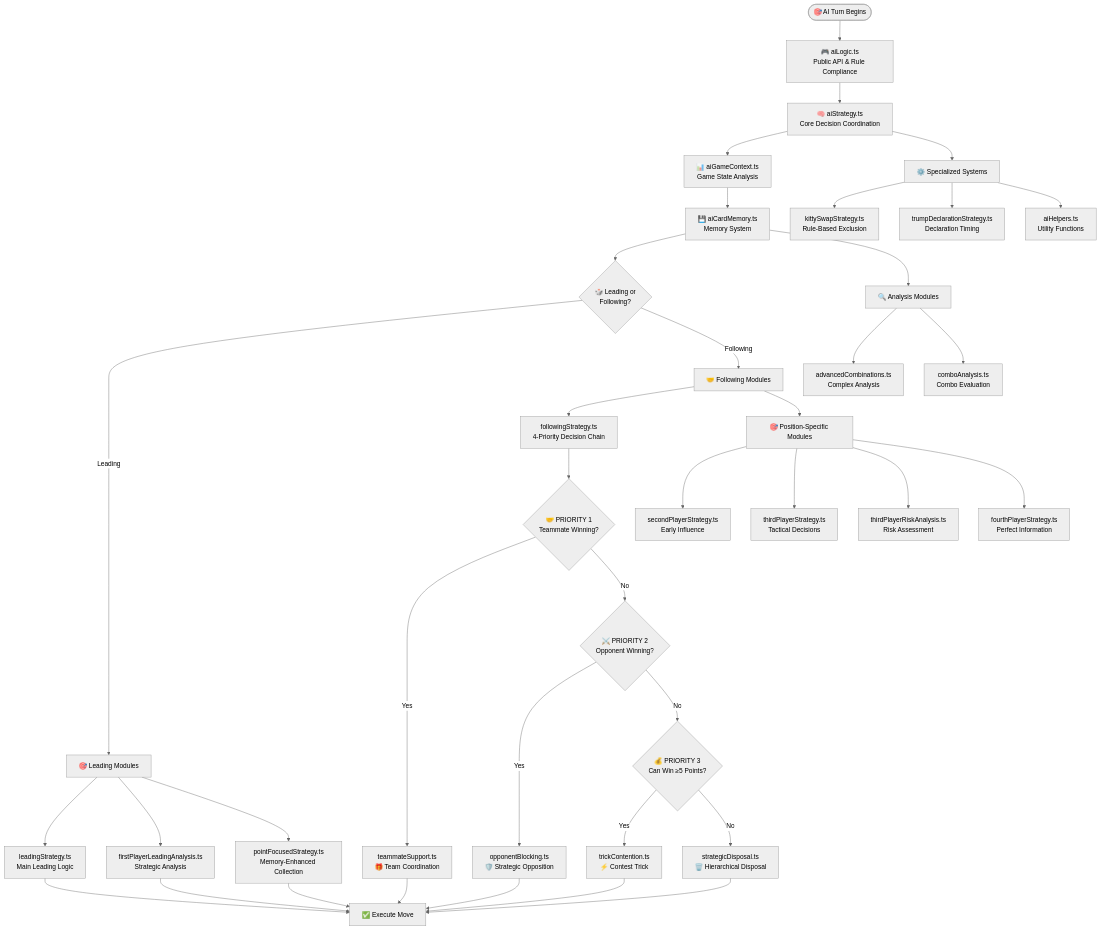
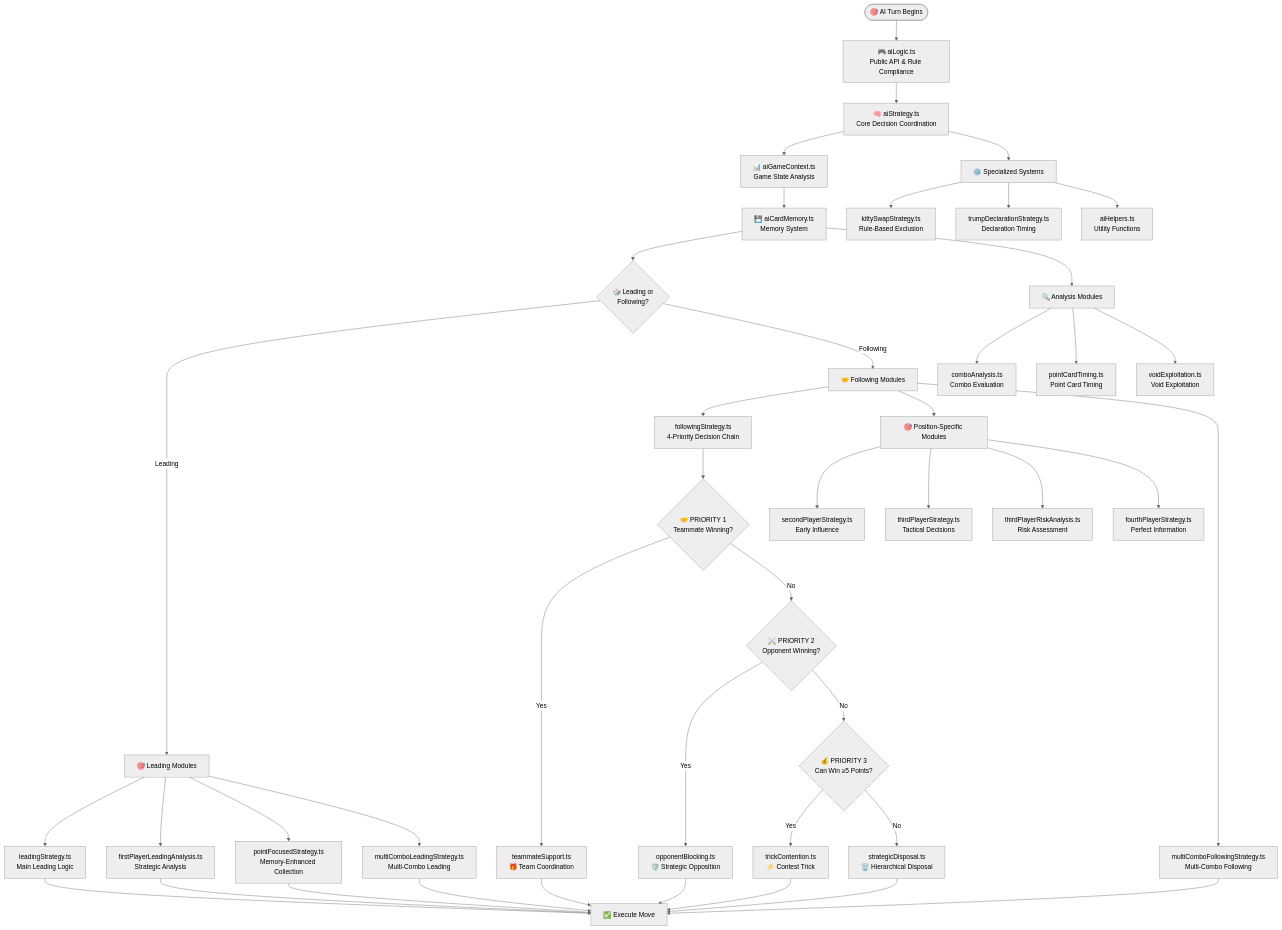
One commit to ejfn/Tractor changed the diagram in docs/AI_SYSTEM.md. Above: the diagram before and after it, drawn with Mermaid (neutral theme). The commit also changed other lines of this file and 1 other file, not shown here.

````diff
--- a/docs/AI_SYSTEM.md
+++ b/docs/AI_SYSTEM.md
@@ -106,49 +109,54 @@
 ```mermaid
 flowchart TD
     Start([🎯 AI Turn Begins]) --> Logic[🎮 aiLogic.ts<br/>Public API & Rule Compliance]
     Logic --> Strategy[🧠 aiStrategy.ts<br/>Core Decision Coordination]
     Strategy --> Context[📊 aiGameContext.ts<br/>Game State Analysis]
     Context --> Memory[💾 aiCardMemory.ts<br/>Memory System]
     
     Memory --> Leading{🎲 Leading or<br/>Following?}
     
     Leading -->|Leading| LeadingMods[🎯 Leading Modules]
     Leading -->|Following| FollowingMods[🤝 Following Modules]
     
     LeadingMods --> LeadStrategy[leadingStrategy.ts<br/>Main Leading Logic]
     LeadingMods --> FirstAnalysis[firstPlayerLeadingAnalysis.ts<br/>Strategic Analysis]
     LeadingMods --> PointFocus[pointFocusedStrategy.ts<br/>Memory-Enhanced Collection]
+    LeadingMods --> MultiComboLead[multiComboLeadingStrategy.ts<br/>Multi-Combo Leading]
     
     FollowingMods --> FollowStrategy[followingStrategy.ts<br/>4-Priority Decision Chain]
     FollowStrategy --> P1{🤝 PRIORITY 1<br/>Teammate Winning?}
     
     P1 -->|Yes| TeamSupport[teammateSupport.ts<br/>🎁 Team Coordination]
     P1 -->|No| P2{⚔️ PRIORITY 2<br/>Opponent Winning?}
     P2 -->|Yes| OpponentBlock[opponentBlocking.ts<br/>🛡️ Strategic Opposition]
     P2 -->|No| P3{💰 PRIORITY 3<br/>Can Win ≥5 Points?}
     P3 -->|Yes| TrickContest[trickContention.ts<br/>⚡ Contest Trick]
     P3 -->|No| StrategicDisp[strategicDisposal.ts<br/>🗑️ Hierarchical Disposal]
     
     FollowingMods --> PositionMods[🎯 Position-Specific Modules]
     PositionMods --> Second[secondPlayerStrategy.ts<br/>Early Influence]
     PositionMods --> Third[thirdPlayerStrategy.ts<br/>Tactical Decisions]
     PositionMods --> ThirdRisk[thirdPlayerRiskAnalysis.ts<br/>Risk Assessment]
     PositionMods --> Fourth[fourthPlayerStrategy.ts<br/>Perfect Information]
+    FollowingMods --> MultiComboFollow[multiComboFollowingStrategy.ts<br/>Multi-Combo Following]
     
     Memory --> Analysis[🔍 Analysis Modules]
-    Analysis --> AdvCombo[advancedCombinations.ts<br/>Complex Analysis]
     Analysis --> ComboAnalysis[comboAnalysis.ts<br/>Combo Evaluation]
+    Analysis --> PointCardTiming[pointCardTiming.ts<br/>Point Card Timing]
+    Analysis --> VoidExploitation[voidExploitation.ts<br/>Void Exploitation]
     
     Strategy --> Specialized[⚙️ Specialized Systems]
     Specialized --> KittySwap[kittySwapStrategy.ts<br/>Rule-Based Exclusion]
     Specialized --> TrumpDecl[trumpDeclarationStrategy.ts<br/>Declaration Timing]
     Specialized --> AIHelpers[aiHelpers.ts<br/>Utility Functions]
     
     TeamSupport --> Execute[✅ Execute Move]
     OpponentBlock --> Execute
     TrickContest --> Execute
     StrategicDisp --> Execute
     LeadStrategy --> Execute
     FirstAnalysis --> Execute
     PointFocus --> Execute
+    MultiComboLead --> Execute
+    MultiComboFollow --> Execute
 ```
````
